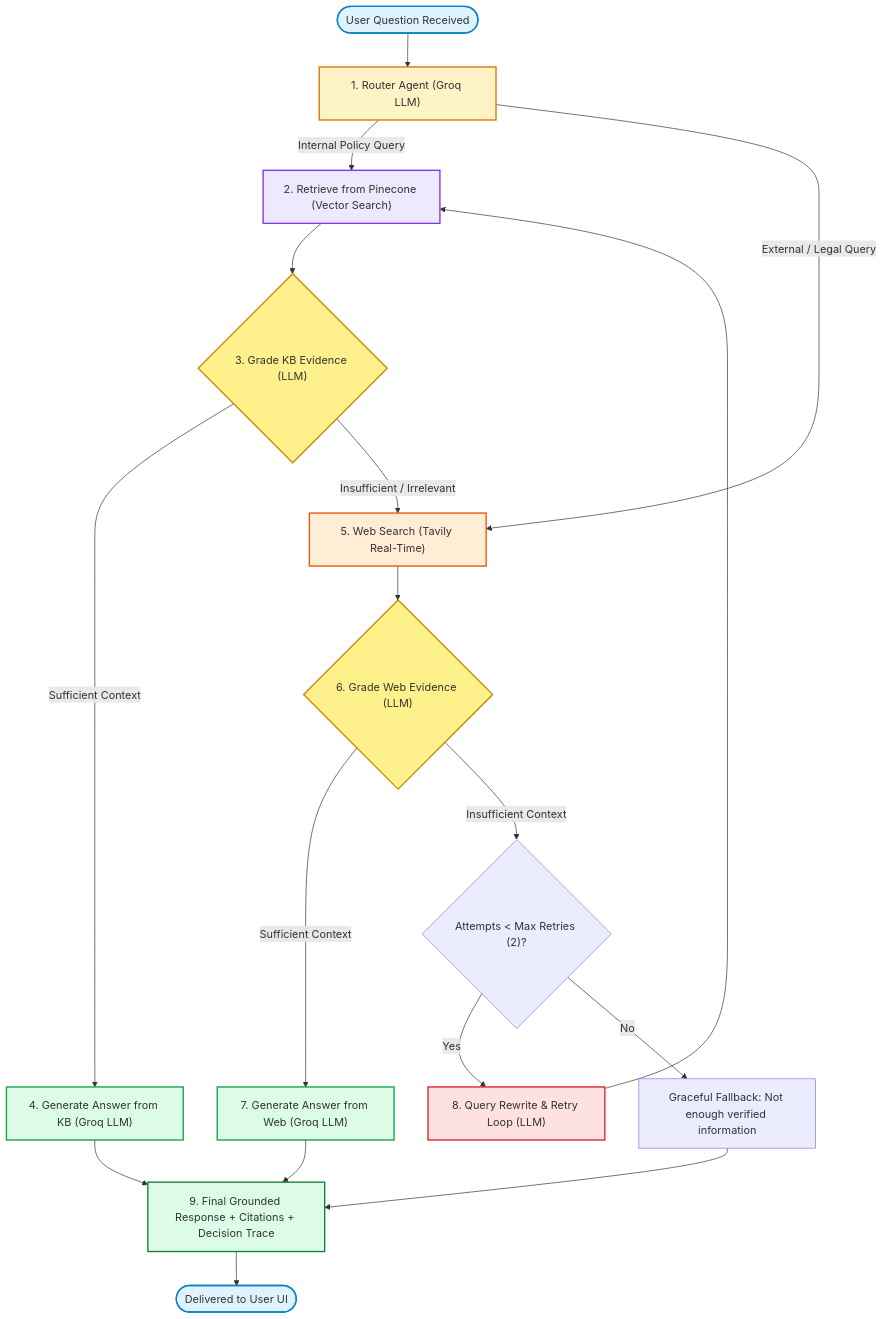
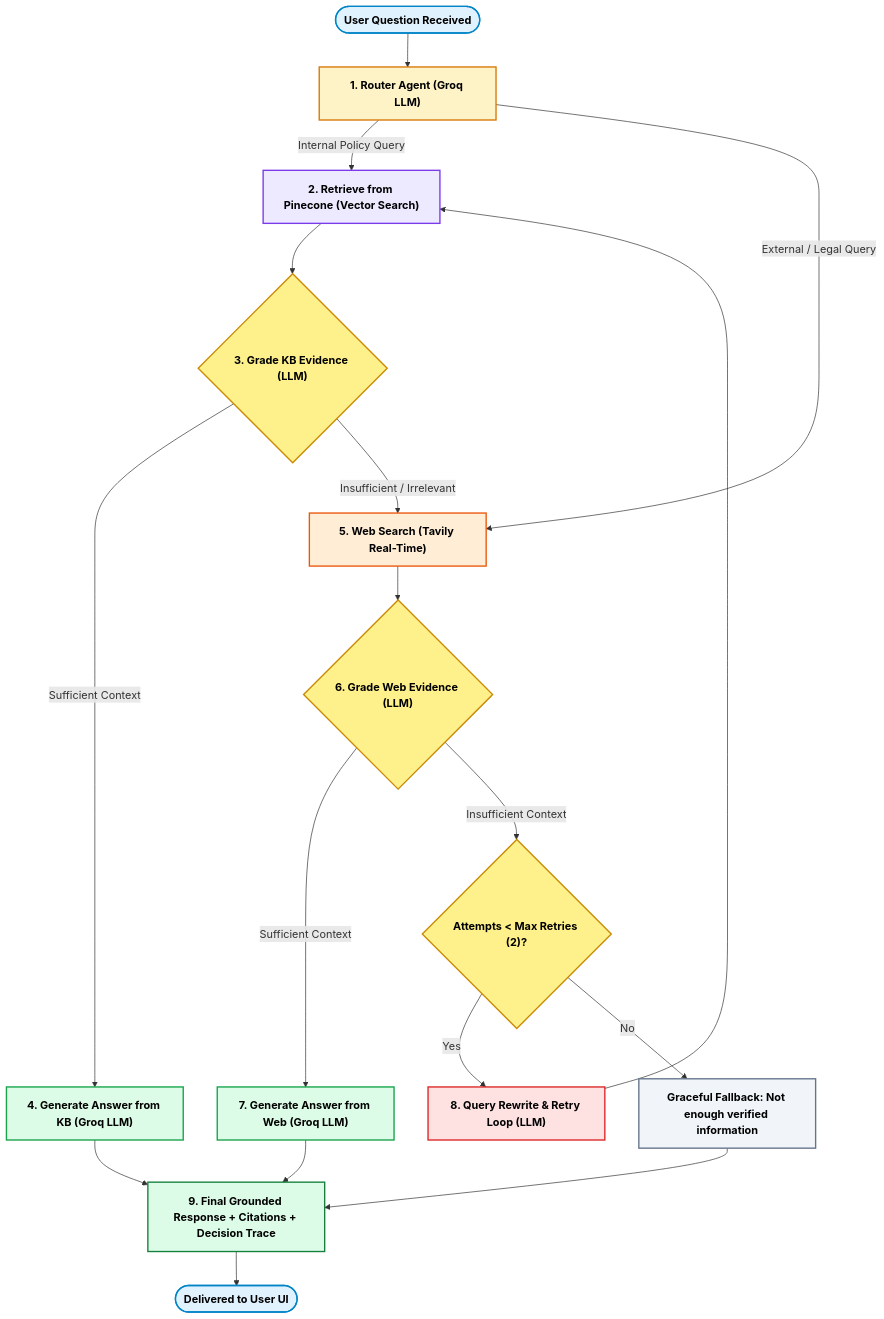
Before and after one commit to dhairya22157/agentic-rag-hr-copilot: the diagram in README.md, drawn with Mermaid.

Commit message:
Update Mermaid architecture node text to bold black for dark mode readability

````diff
--- a/README.md
+++ b/README.md
@@ -61,36 +61,38 @@
 ```mermaid
 flowchart TD
     Start([User Question Received]) --> Router["1. Router Agent (Groq LLM)"]
     
     Router -->|Internal Policy Query| PineconeRetrieve["2. Retrieve from Pinecone (Vector Search)"]
     Router -->|External / Legal Query| TavilySearch["5. Web Search (Tavily Real-Time)"]
 
     PineconeRetrieve --> GradeKB{"3. Grade KB Evidence (LLM)"}
     GradeKB -->|Sufficient Context| GenerateKB["4. Generate Answer from KB (Groq LLM)"]
     GradeKB -->|Insufficient / Irrelevant| TavilySearch
 
     TavilySearch --> GradeWeb{"6. Grade Web Evidence (LLM)"}
     GradeWeb -->|Sufficient Context| GenerateWeb["7. Generate Answer from Web (Groq LLM)"]
     GradeWeb -->|Insufficient Context| RetryCheck{"Attempts < Max Retries (2)?"}
 
     RetryCheck -->|Yes| RewriteQuery["8. Query Rewrite & Retry Loop (LLM)"]
     RewriteQuery --> PineconeRetrieve
     RetryCheck -->|No| FallbackAnswer["Graceful Fallback: Not enough verified information"]
 
     GenerateKB --> OutputAnswer["9. Final Grounded Response + Citations + Decision Trace"]
     GenerateWeb --> OutputAnswer
     FallbackAnswer --> OutputAnswer
     OutputAnswer --> EndNode([Delivered to User UI])
 
-    style Start fill:#e0f2fe,stroke:#0284c7,stroke-width:2px;
-    style Router fill:#fef3c7,stroke:#d97706,stroke-width:2px;
-    style PineconeRetrieve fill:#ede9fe,stroke:#7c3aed,stroke-width:2px;
-    style GradeKB fill:#fef08a,stroke:#ca8a04,stroke-width:2px;
-    style GenerateKB fill:#dcfce7,stroke:#16a34a,stroke-width:2px;
-    style TavilySearch fill:#ffedd5,stroke:#ea580c,stroke-width:2px;
-    style GradeWeb fill:#fef08a,stroke:#ca8a04,stroke-width:2px;
-    style GenerateWeb fill:#dcfce7,stroke:#16a34a,stroke-width:2px;
-    style RewriteQuery fill:#fee2e2,stroke:#dc2626,stroke-width:2px;
-    style OutputAnswer fill:#dcfce7,stroke:#15803d,stroke-width:2px;
-    style EndNode fill:#e0f2fe,stroke:#0284c7,stroke-width:2px;
+    style Start fill:#e0f2fe,stroke:#0284c7,stroke-width:2px,color:#000000,font-weight:bold;
+    style Router fill:#fef3c7,stroke:#d97706,stroke-width:2px,color:#000000,font-weight:bold;
+    style PineconeRetrieve fill:#ede9fe,stroke:#7c3aed,stroke-width:2px,color:#000000,font-weight:bold;
+    style GradeKB fill:#fef08a,stroke:#ca8a04,stroke-width:2px,color:#000000,font-weight:bold;
+    style GenerateKB fill:#dcfce7,stroke:#16a34a,stroke-width:2px,color:#000000,font-weight:bold;
+    style TavilySearch fill:#ffedd5,stroke:#ea580c,stroke-width:2px,color:#000000,font-weight:bold;
+    style GradeWeb fill:#fef08a,stroke:#ca8a04,stroke-width:2px,color:#000000,font-weight:bold;
+    style GenerateWeb fill:#dcfce7,stroke:#16a34a,stroke-width:2px,color:#000000,font-weight:bold;
+    style RetryCheck fill:#fef08a,stroke:#ca8a04,stroke-width:2px,color:#000000,font-weight:bold;
+    style RewriteQuery fill:#fee2e2,stroke:#dc2626,stroke-width:2px,color:#000000,font-weight:bold;
+    style FallbackAnswer fill:#f1f5f9,stroke:#64748b,stroke-width:2px,color:#000000,font-weight:bold;
+    style OutputAnswer fill:#dcfce7,stroke:#15803d,stroke-width:2px,color:#000000,font-weight:bold;
+    style EndNode fill:#e0f2fe,stroke:#0284c7,stroke-width:2px,color:#000000,font-weight:bold;
 ```
````
